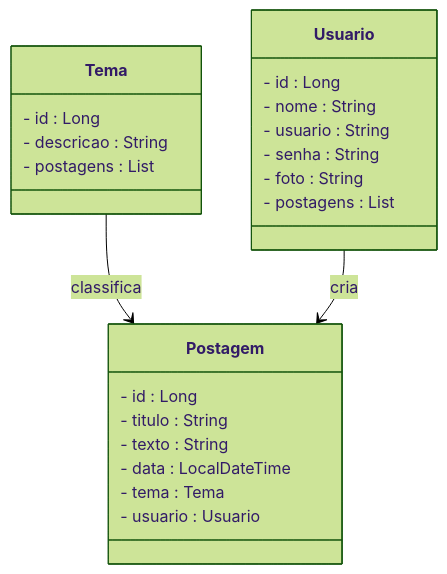
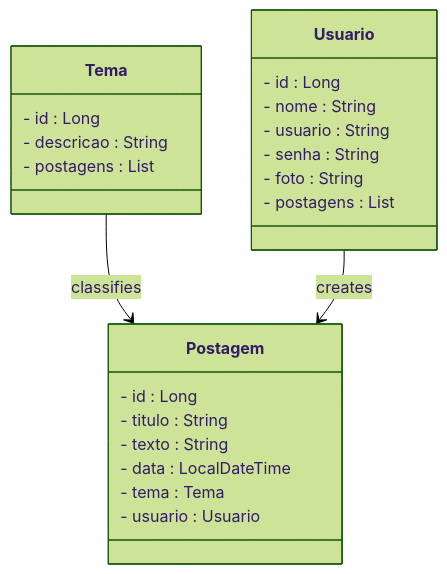
One commit to carlosmoronisud/Blogpessoal_spring changed the first of 2 diagrams in README.md. Above: the diagram before and after it, drawn with Mermaid (forest theme). The commit also changed other lines of this file, not shown here.

````diff
--- a/README.md
+++ b/README.md
@@ -70,27 +75,27 @@
 ```mermaid
 classDiagram
 class Postagem {
   - id : Long
   - titulo : String
   - texto : String
   - data : LocalDateTime
   - tema : Tema
   - usuario : Usuario
 }
 class Tema {
   - id : Long
   - descricao : String
   - postagens : List<Postagem>
 }
 class Usuario {
   - id : Long
   - nome : String
   - usuario : String
   - senha : String
   - foto : String
   - postagens : List<Postagem>
 }
-Tema --> Postagem : classifica
-Usuario --> Postagem : cria
+Tema --> Postagem : classifies
+Usuario --> Postagem : creates
 
 ```
````
